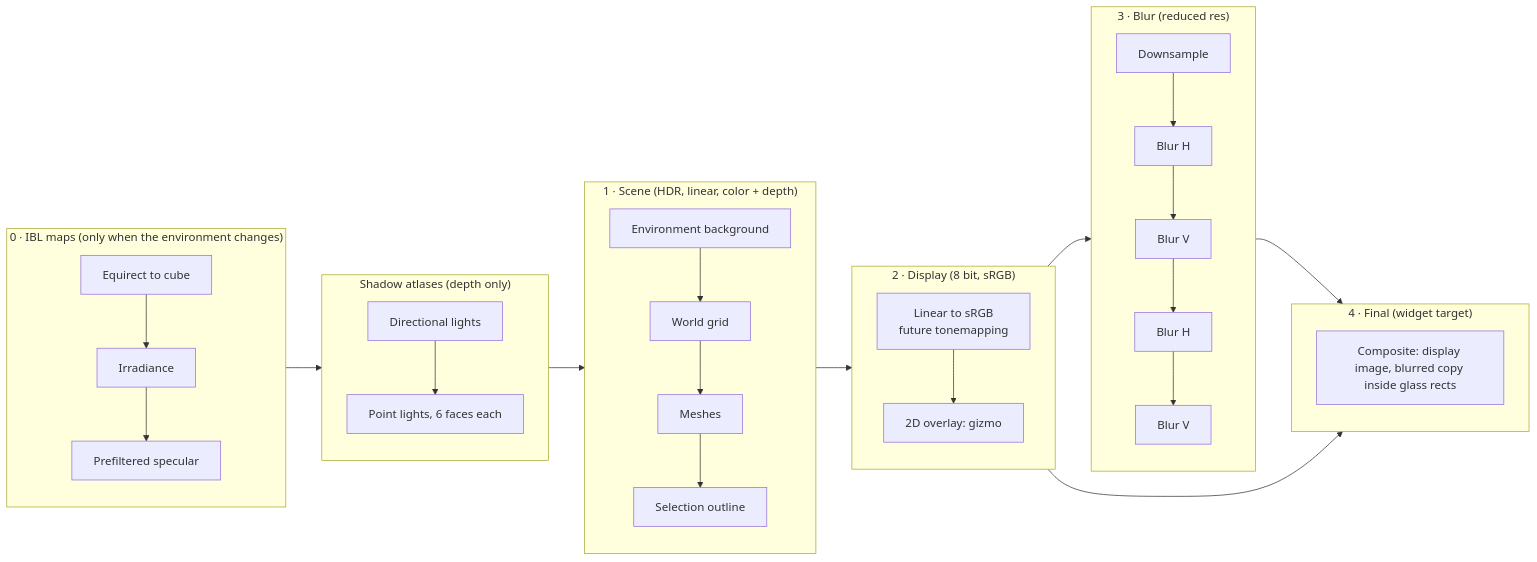
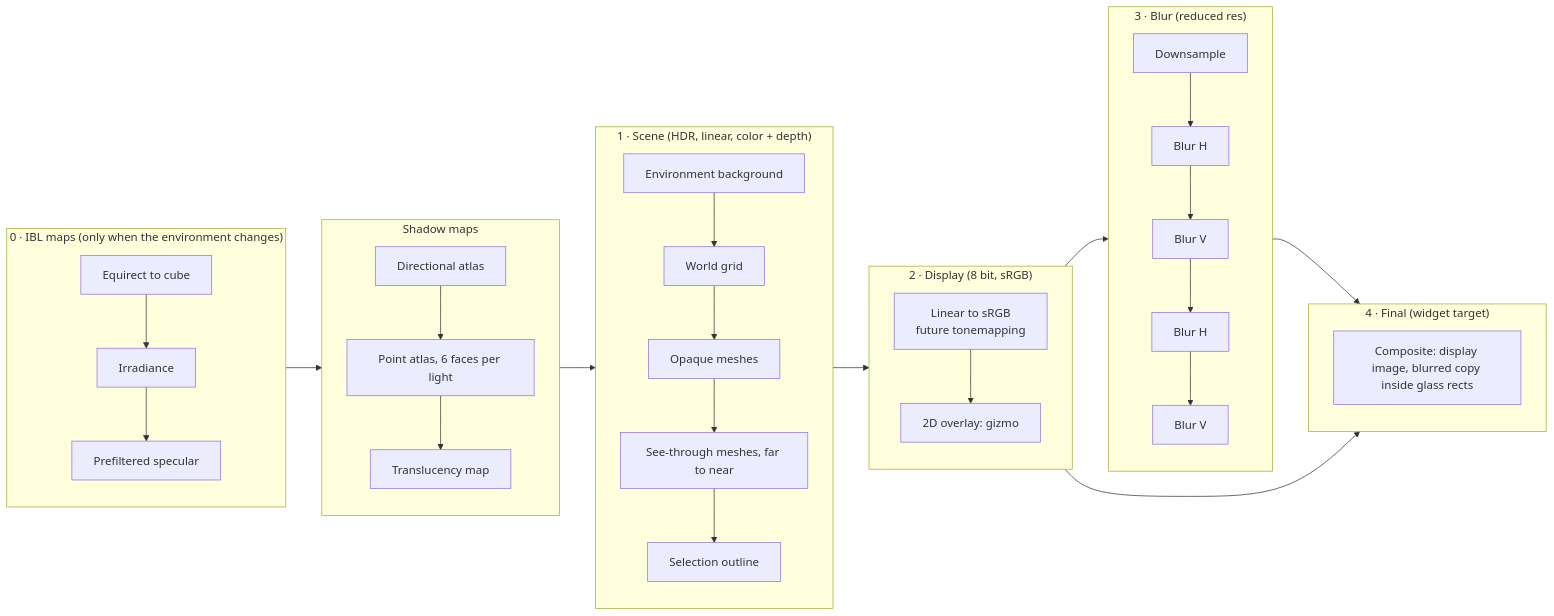
One commit to Dnurr/Lune changed the diagram in docs/rendering.md. Above: the diagram before and after it, drawn with Mermaid. The commit also changed other lines of this file and 29 other files, not shown here.

````diff
--- a/docs/rendering.md
+++ b/docs/rendering.md
@@ -18,23 +18,23 @@
 ```mermaid
 flowchart LR
     subgraph P0["0 &middot; IBL maps (only when the environment changes)"]
         conv[Equirect to cube] --> irr[Irradiance] --> pre[Prefiltered specular]
     end
-    subgraph PS["Shadow atlases (depth only)"]
-        sdir[Directional lights] --> spoint[Point lights, 6 faces each]
+    subgraph PS["Shadow maps"]
+        sdir[Directional atlas] --> spoint[Point atlas, 6 faces per light] --> strans[Translucency map]
     end
     subgraph P1["1 &middot; Scene (HDR, linear, color + depth)"]
-        bg[Environment background] --> grid[World grid] --> meshes[Meshes] --> outline[Selection outline]
+        bg[Environment background] --> grid[World grid] --> meshes[Opaque meshes] --> blend[See-through meshes, far to near] --> outline[Selection outline]
     end
     subgraph P2["2 &middot; Display (8 bit, sRGB)"]
         disp[Linear to sRGB<br/>future tonemapping] --> overlay[2D overlay: gizmo]
     end
     subgraph P3["3 &middot; Blur (reduced res)"]
         down[Downsample] --> h1[Blur H] --> v1[Blur V] --> h2[Blur H] --> v2[Blur V]
     end
     subgraph P4["4 &middot; Final (widget target)"]
         comp[Composite: display image, blurred copy inside glass rects]
     end
     P0 --> PS --> P1 --> P2 --> P3 --> P4
     P2 --> P4
 ```
````
